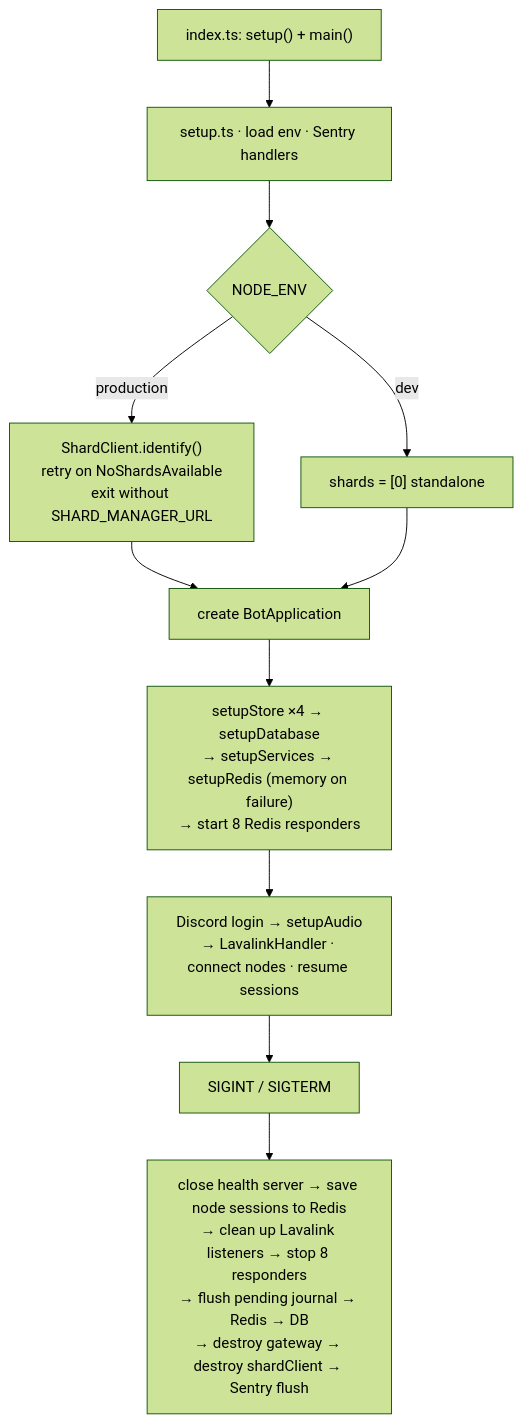
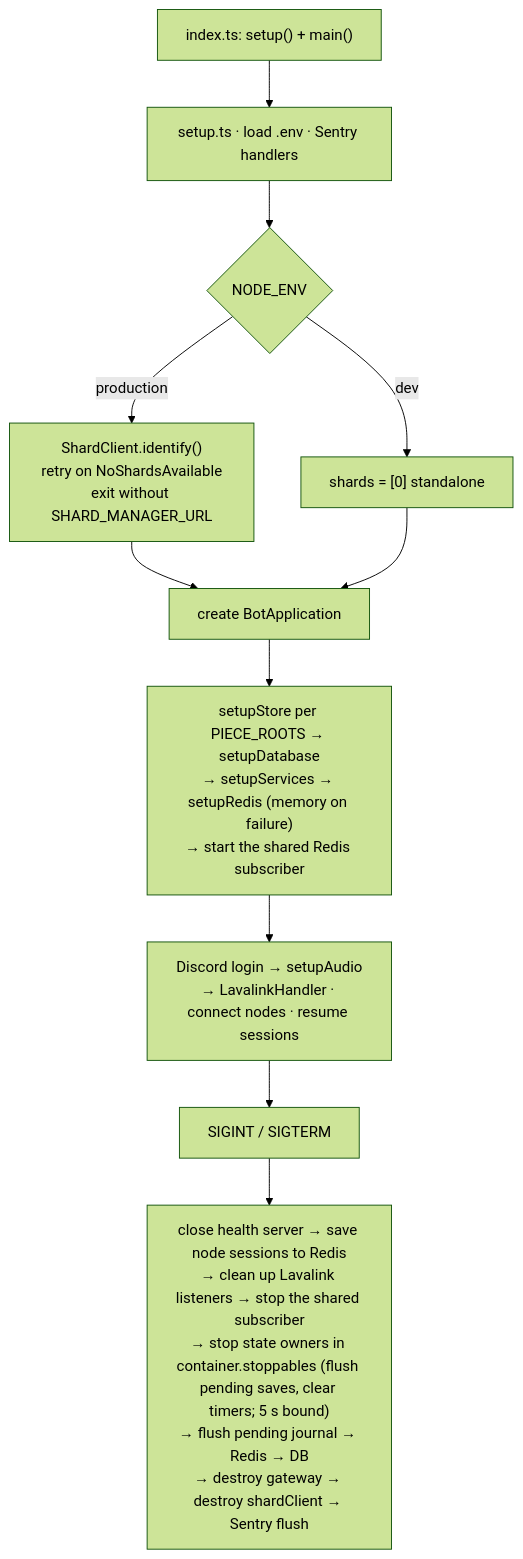
One commit to mochilabs/SiruBOT changed the tenth of 10 diagrams in docs/architecture.md. Above: the diagram before and after it, drawn with Mermaid (forest theme). The commit also changed other lines of this file and 918 other files, not shown here.

````diff
--- a/docs/architecture.md
+++ b/docs/architecture.md
@@ -452,13 +469,13 @@
 ```mermaid
 flowchart TD
-    A["index.ts: setup() + main()"] --> B["setup.ts · load env · Sentry handlers"]
+    A["index.ts: setup() + main()"] --> B["setup.ts · load .env · Sentry handlers"]
     B --> C{"NODE_ENV"}
     C -->|production| D["ShardClient.identify()<br/>retry on NoShardsAvailable<br/>exit without SHARD_MANAGER_URL"]
     C -->|dev| E["shards = [0] standalone"]
     D --> F["create BotApplication"]
     E --> F
-    F --> G["setupStore ×4 → setupDatabase<br/>→ setupServices → setupRedis (memory on failure)<br/>→ start 8 Redis responders"]
+    F --> G["setupStore per PIECE_ROOTS → setupDatabase<br/>→ setupServices → setupRedis (memory on failure)<br/>→ start the shared Redis subscriber"]
     G --> H["Discord login → setupAudio<br/>→ LavalinkHandler · connect nodes · resume sessions"]
     H --> I["SIGINT / SIGTERM"]
-    I --> N["close health server → save node sessions to Redis<br/>→ clean up Lavalink listeners → stop 8 responders<br/>→ flush pending journal → Redis → DB<br/>→ destroy gateway → destroy shardClient → Sentry flush"]
+    I --> N["close health server → save node sessions to Redis<br/>→ clean up Lavalink listeners → stop the shared subscriber<br/>→ stop state owners in container.stoppables (flush pending saves, clear timers; 5 s bound)<br/>→ flush pending journal → Redis → DB<br/>→ destroy gateway → destroy shardClient → Sentry flush"]
 ```
````
